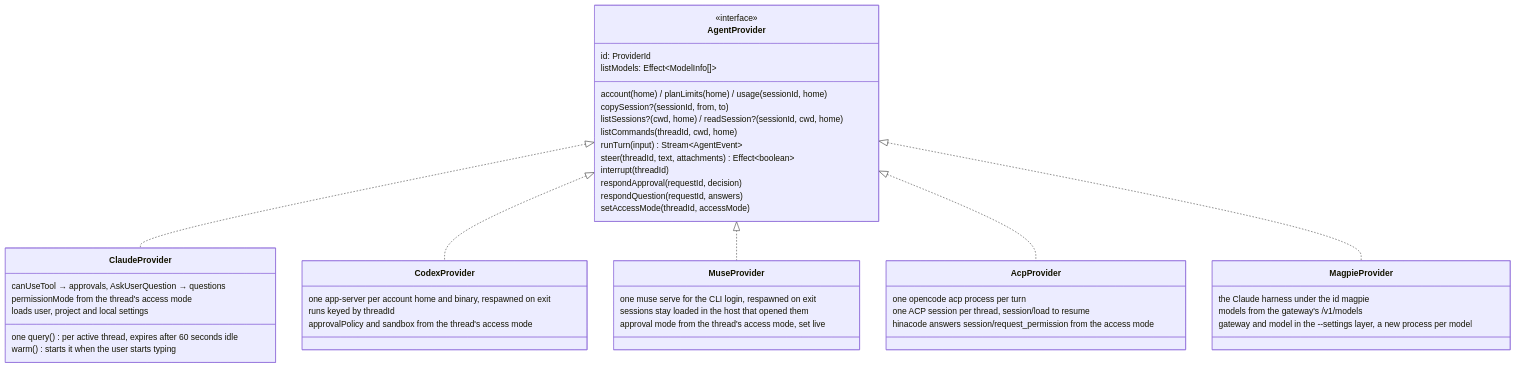
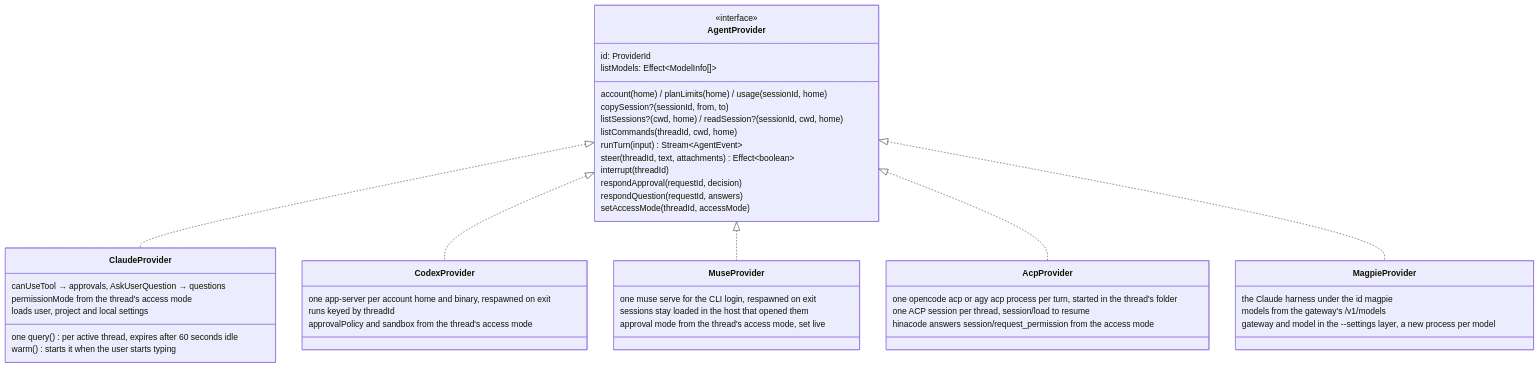
Before and after one commit to hinadev-ai/hinacode: the fifth of 19 diagrams in docs/arch.md, drawn with Mermaid. The commit also changed other lines of this file and 4 other files, not shown here.

````diff
--- a/docs/arch.md
+++ b/docs/arch.md
@@ -159,50 +159,50 @@
 ```mermaid
 classDiagram
   class AgentProvider {
     <<interface>>
     id: ProviderId
     listModels: Effect~ModelInfo[]~
     account(home) / planLimits(home) / usage(sessionId, home)
     copySession?(sessionId, from, to)
     listSessions?(cwd, home) / readSession?(sessionId, cwd, home)
     listCommands(threadId, cwd, home)
     runTurn(input) Stream~AgentEvent~
     steer(threadId, text, attachments) Effect~boolean~
     interrupt(threadId)
     respondApproval(requestId, decision)
     respondQuestion(requestId, answers)
     setAccessMode(threadId, accessMode)
   }
   class ClaudeProvider {
     one query() per active thread, expires after 60 seconds idle
     warm() starts it when the user starts typing
     canUseTool → approvals, AskUserQuestion → questions
     permissionMode from the thread's access mode
     loads user, project and local settings
   }
   class MagpieProvider {
     the Claude harness under the id magpie
     models from the gateway's /v1/models
     gateway and model in the --settings layer, a new process per model
   }
   class CodexProvider {
     one app-server per account home and binary, respawned on exit
     runs keyed by threadId
     approvalPolicy and sandbox from the thread's access mode
   }
   class MuseProvider {
     one muse serve for the CLI login, respawned on exit
     sessions stay loaded in the host that opened them
     approval mode from the thread's access mode, set live
   }
   class AcpProvider {
-    one opencode acp process per turn
+    one opencode acp or agy acp process per turn, started in the thread's folder
     one ACP session per thread, session/load to resume
     hinacode answers session/request_permission from the access mode
   }
   AgentProvider <|.. ClaudeProvider
   AgentProvider <|.. CodexProvider
   AgentProvider <|.. MuseProvider
   AgentProvider <|.. AcpProvider
   AgentProvider <|.. MagpieProvider
 ```
````
